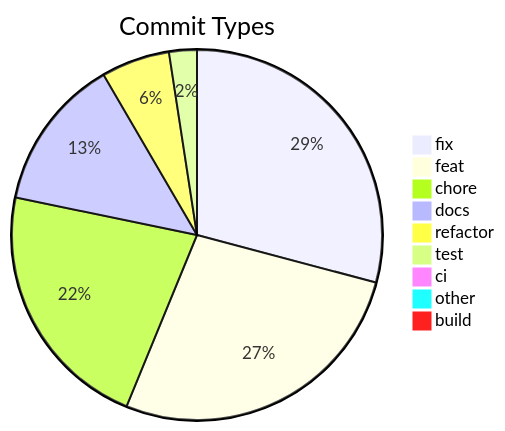
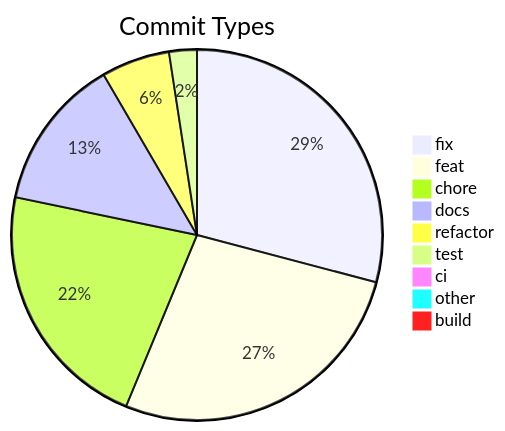
Before and after one commit to svenroth-ai/shipwright: the diagram in .shipwright/compliance/change-history.md, drawn with Mermaid. The commit also changed other lines of this file and 22 other files, not shown here.

````diff
--- a/.shipwright/compliance/change-history.md
+++ b/.shipwright/compliance/change-history.md
@@ -8,12 +8,12 @@
 ```mermaid
 pie title Commit Types
     "fix" : 312
-    "feat" : 290
+    "feat" : 291
     "chore" : 236
     "docs" : 143
     "refactor" : 64
     "test" : 26
     "ci" : 8
     "other" : 7
     "build" : 1
 ```
````
